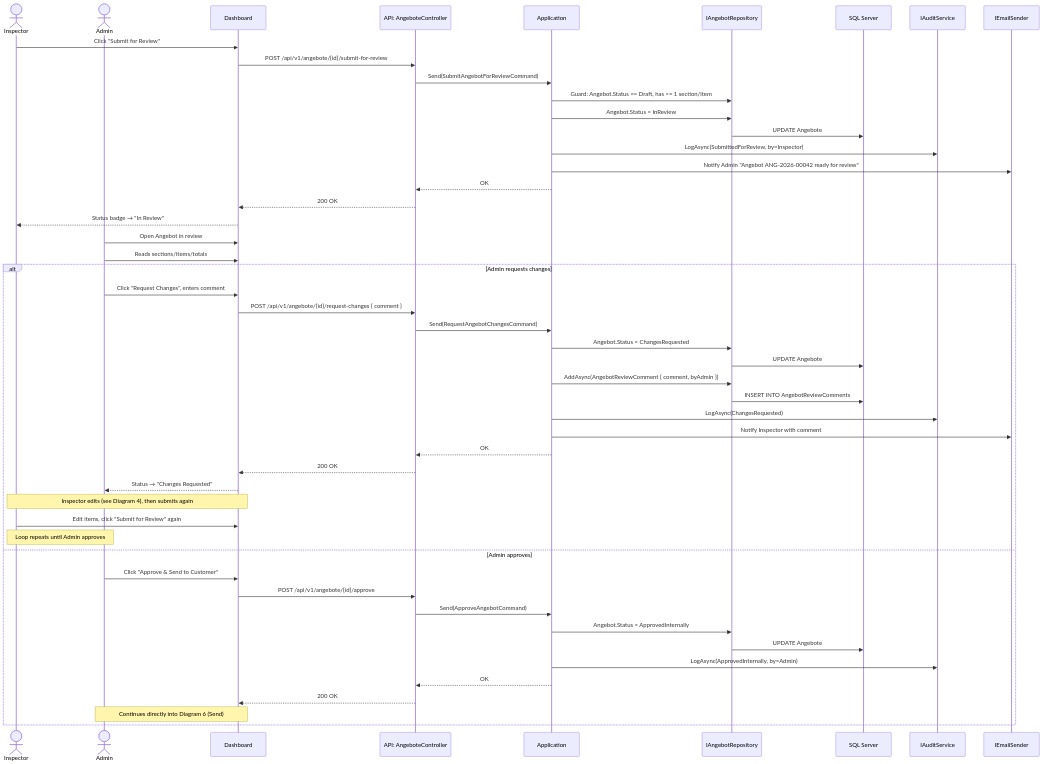
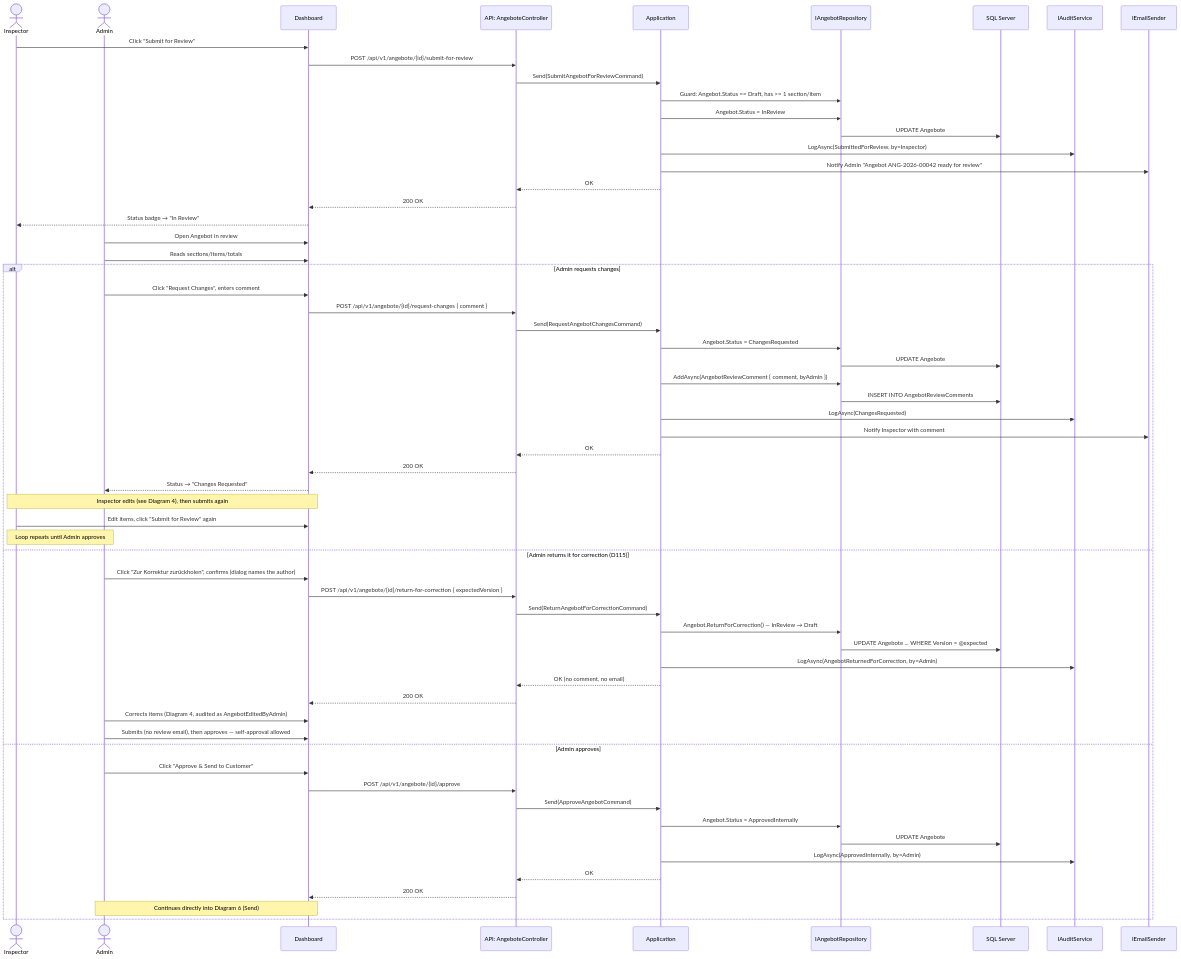
The fifth of 12 diagrams in Sequence Diagram.md (Keroleshanna/RenoTrack), drawn with Mermaid before and after one commit. The commit also changed other lines of this file and 93 other files, not shown here.

````diff
--- a/Sequence Diagram.md
+++ b/Sequence Diagram.md
@@ -243,55 +247,66 @@
 ```mermaid
 sequenceDiagram
     actor INS as Inspector
     actor AD as Admin
     participant DASH as Dashboard
     participant API as API: AngeboteController
     participant APP as Application
     participant REPO as IAngebotRepository
     participant DB as SQL Server
     participant AUD as IAuditService
     participant MAIL as IEmailSender
 
     INS->>DASH: Click "Submit for Review"
     DASH->>API: POST /api/v1/angebote/{id}/submit-for-review
     API->>APP: Send(SubmitAngebotForReviewCommand)
     APP->>REPO: Guard: Angebot.Status == Draft, has >= 1 section/item
     APP->>REPO: Angebot.Status = InReview
     REPO->>DB: UPDATE Angebote
     APP->>AUD: LogAsync(SubmittedForReview, by=Inspector)
     APP->>MAIL: Notify Admin "Angebot ANG-2026-00042 ready for review"
     APP-->>API: OK
     API-->>DASH: 200 OK
     DASH-->>INS: Status badge → "In Review"
 
     AD->>DASH: Open Angebot in review
     AD->>DASH: Reads sections/items/totals
 
     alt Admin requests changes
         AD->>DASH: Click "Request Changes", enters comment
         DASH->>API: POST /api/v1/angebote/{id}/request-changes { comment }
         API->>APP: Send(RequestAngebotChangesCommand)
         APP->>REPO: Angebot.Status = ChangesRequested
         REPO->>DB: UPDATE Angebote
         APP->>REPO: AddAsync(AngebotReviewComment { comment, byAdmin })
         REPO->>DB: INSERT INTO AngebotReviewComments
         APP->>AUD: LogAsync(ChangesRequested)
         APP->>MAIL: Notify Inspector with comment
         APP-->>API: OK
         API-->>DASH: 200 OK
         DASH-->>AD: Status → "Changes Requested"
         Note over INS,DASH: Inspector edits (see Diagram 4), then submits again
         INS->>DASH: Edit items, click "Submit for Review" again
         Note over INS,AD: Loop repeats until Admin approves
+    else Admin returns it for correction (D115)
+        AD->>DASH: Click "Zur Korrektur zurückholen", confirms (dialog names the author)
+        DASH->>API: POST /api/v1/angebote/{id}/return-for-correction { expectedVersion }
+        API->>APP: Send(ReturnAngebotForCorrectionCommand)
+        APP->>REPO: Angebot.ReturnForCorrection() — InReview → Draft
+        REPO->>DB: UPDATE Angebote ... WHERE Version = @expected
+        APP->>AUD: LogAsync(AngebotReturnedForCorrection, by=Admin)
+        APP-->>API: OK (no comment, no email)
+        API-->>DASH: 200 OK
+        AD->>DASH: Corrects items (Diagram 4, audited as AngebotEditedByAdmin)
+        AD->>DASH: Submits (no review email), then approves — self-approval allowed
     else Admin approves
         AD->>DASH: Click "Approve & Send to Customer"
         DASH->>API: POST /api/v1/angebote/{id}/approve
         API->>APP: Send(ApproveAngebotCommand)
         APP->>REPO: Angebot.Status = ApprovedInternally
         REPO->>DB: UPDATE Angebote
         APP->>AUD: LogAsync(ApprovedInternally, by=Admin)
         APP-->>API: OK
         API-->>DASH: 200 OK
         Note over AD,DASH: Continues directly into Diagram 6 (Send)
     end
 ```
````
